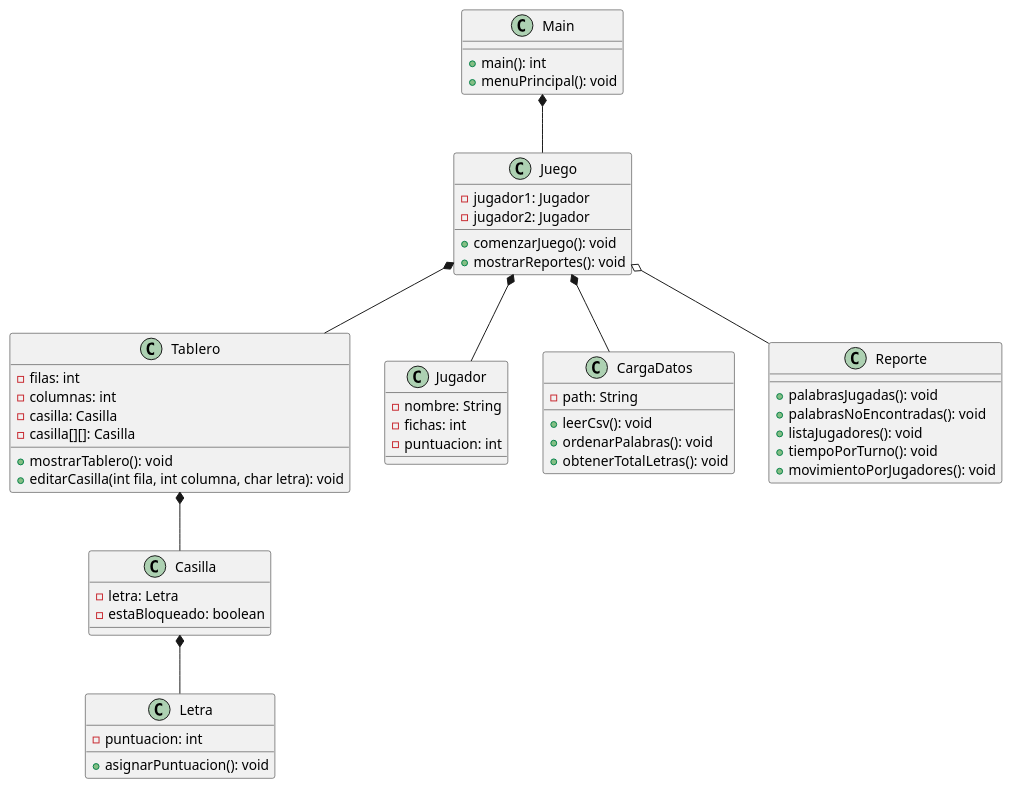
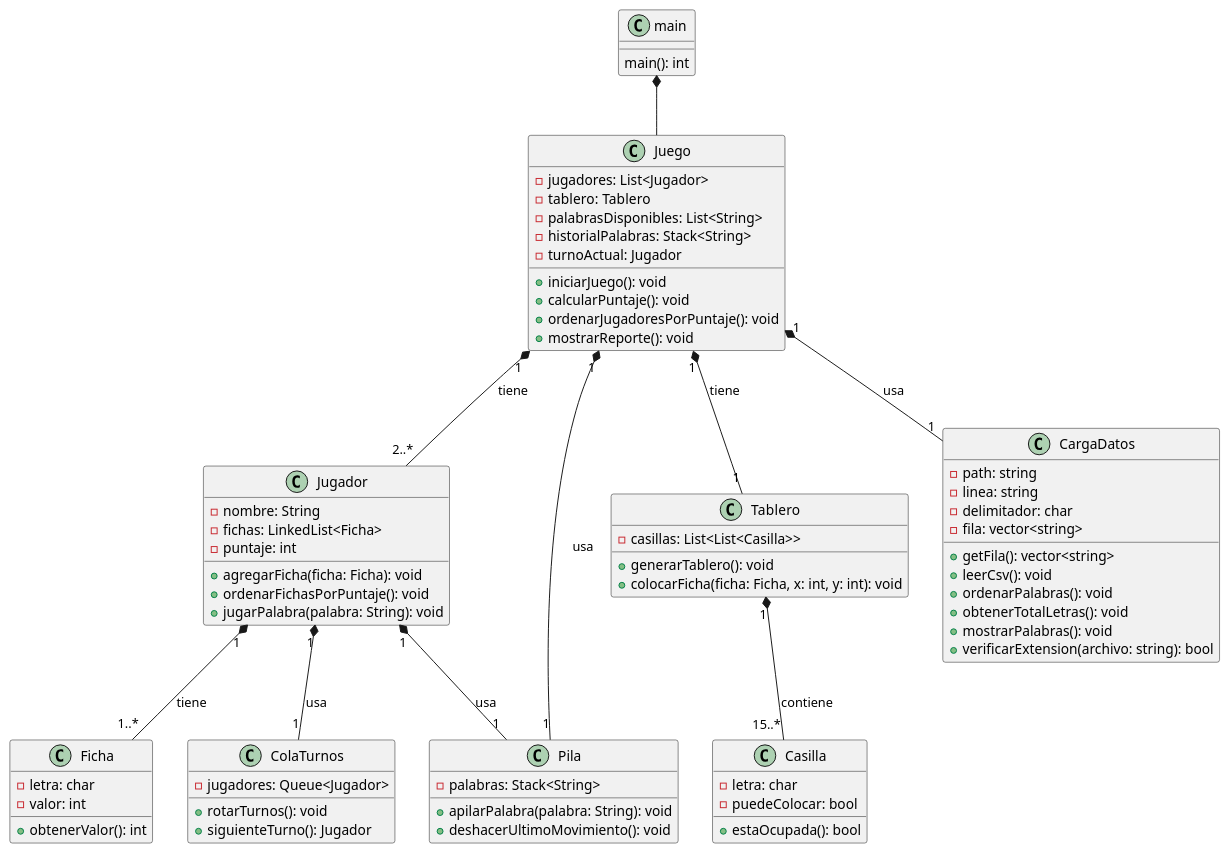
The diagram in Documentación/DiagramaDeClases.wsd (MichaelMarinReyes/Scrabble), drawn with PlantUML before and after one commit. The commit also changed 19 other files, not shown here.

Commit message:
Cambios en el diagrama de clases

```diff
--- a/Documentación/DiagramaDeClases.wsd
+++ b/Documentación/DiagramaDeClases.wsd
@@ -1,64 +1,82 @@
 @startuml Scrabble
 
-class Main {
-    + main(): int
-    + menuPrincipal(): void
+class main {
+    main(): int
 }
 
+main *-- Juego
+
 class Juego {
-    - jugador1: Jugador
-    - jugador2: Jugador
-    + comenzarJuego(): void
-    + mostrarReportes(): void
+  - jugadores: List<Jugador>
+  - tablero: Tablero
+  - palabrasDisponibles: List<String>
+  - historialPalabras: Stack<String>
+  - turnoActual: Jugador
+  + iniciarJuego(): void
+  + calcularPuntaje(): void
+  + ordenarJugadoresPorPuntaje(): void
+  + mostrarReporte(): void
+}
+
+class Jugador {
+  - nombre: String
+  - fichas: LinkedList<Ficha>
+  - puntaje: int
+  + agregarFicha(ficha: Ficha): void
+  + ordenarFichasPorPuntaje(): void
+  + jugarPalabra(palabra: String): void
+}
+
+class Ficha {
+  - letra: char
+  - valor: int
+  + obtenerValor(): int
 }
 
 class Tablero {
-    - filas: int
-    - columnas: int
-    - casilla: Casilla
-    - casilla[][]: Casilla
-    + mostrarTablero(): void
-    + editarCasilla(int fila, int columna, char letra): void
+  - casillas: List<List<Casilla>>
+  + generarTablero(): void
+  + colocarFicha(ficha: Ficha, x: int, y: int): void
 }
 
 class Casilla {
-    - letra: Letra
-    - estaBloqueado: boolean
-
+  - letra: char
+  - puedeColocar: bool
+  + estaOcupada(): bool
 }
 
-class Letra {
-    - puntuacion: int
-    + asignarPuntuacion(): void
+class ColaTurnos {
+  - jugadores: Queue<Jugador>
+  + rotarTurnos(): void
+  + siguienteTurno(): Jugador
 }
 
-class Jugador {
-    - nombre: String
-    - fichas: int
-    - puntuacion: int
+class Pila {
+  - palabras: Stack<String>
+  + apilarPalabra(palabra: String): void
+  + deshacerUltimoMovimiento(): void
 }
 
 class CargaDatos {
-    - path: String
-    + leerCsv(): void
-    + ordenarPalabras(): void
-    + obtenerTotalLetras(): void
+  - path: string
+  - linea: string
+  - delimitador: char
+  - fila: vector<string>
+  + getFila(): vector<string>
+  + leerCsv(): void
+  + ordenarPalabras(): void
+  + obtenerTotalLetras(): void
+  + mostrarPalabras(): void
+  + verificarExtension(archivo: string): bool
 }
 
-class Reporte {
-    + palabrasJugadas(): void
-    + palabrasNoEncontradas(): void
-    + listaJugadores(): void
-    + tiempoPorTurno(): void
-    + movimientoPorJugadores(): void
-}
-
-Tablero *-- Casilla
-Casilla *-- Letra
-Main *-- Juego
-Juego o-- Reporte
-Juego *-- Tablero
-Juego *-- Jugador
-Juego *-- CargaDatos
+Juego "1" *-- "2..*" Jugador : tiene
+Juego "1" *-- "1" Tablero : tiene
+Jugador "1" *-- "1..*" Ficha : tiene
+Jugador "1" *-- "1" ColaTurnos : usa
+Tablero "1" *-- "15..*" Casilla : contiene
+Juego "1" *-- "1" Pila : usa
+Jugador "1" *-- "1" Pila : usa
+Juego "1" *-- "1" CargaDatos : usa
 
 @enduml
```
